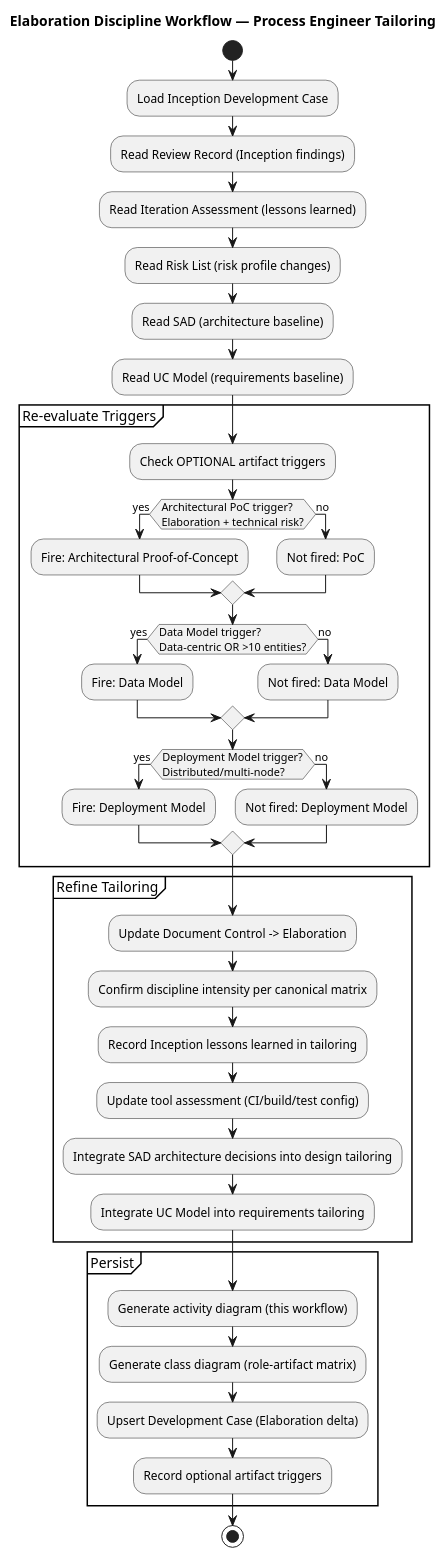
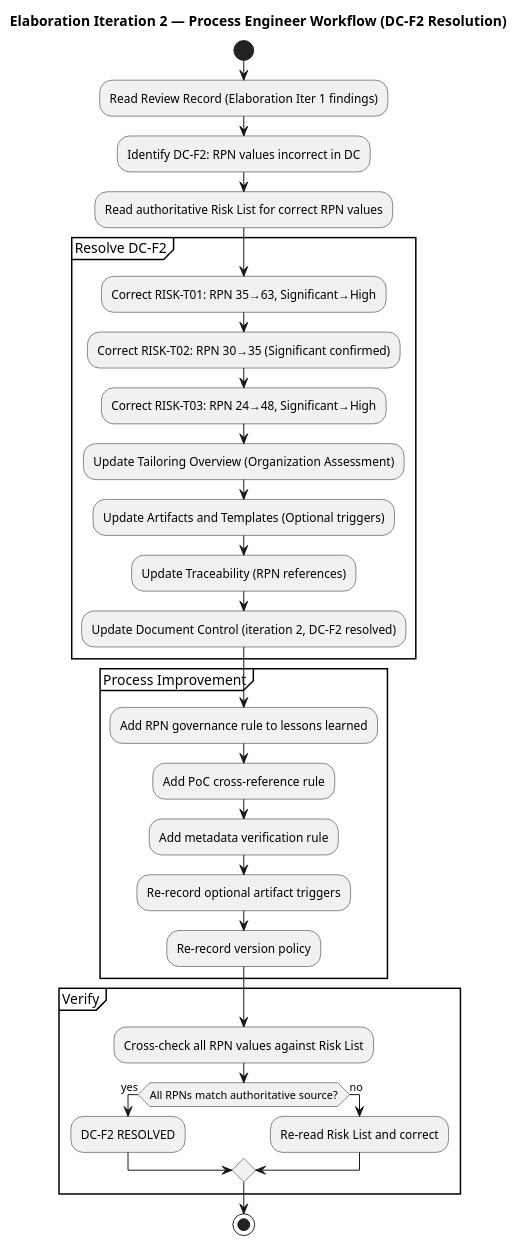
One commit to banense-test/demo-janke-lab changed the first of 2 diagrams in docs/artifacts/environment/development-case.md. Above: the diagram before and after it, drawn with PlantUML. The commit also changed other lines of this file, not shown here.

First line of the commit message:
Process Engineer [E2]: upsert Development Case

````diff
--- a/docs/artifacts/environment/development-case.md
+++ b/docs/artifacts/environment/development-case.md
@@ -122,50 +121,39 @@
 ```plantuml
 @startuml
-title Elaboration Discipline Workflow — Process Engineer Tailoring
+title Elaboration Iteration 2 — Process Engineer Workflow (DC-F2 Resolution)
 
 start
-:Load Inception Development Case;
-:Read Review Record (Inception findings);
-:Read Iteration Assessment (lessons learned);
-:Read Risk List (risk profile changes);
-:Read SAD (architecture baseline);
-:Read UC Model (requirements baseline);
+:Read Review Record (Elaboration Iter 1 findings);
+:Identify DC-F2: RPN values incorrect in DC;
+:Read authoritative Risk List for correct RPN values;
 
-partition "Re-evaluate Triggers" {
-  :Check OPTIONAL artifact triggers;
-  if (Architectural PoC trigger?\nElaboration + technical risk?) then (yes)
-    :Fire: Architectural Proof-of-Concept;
-  else (no)
-    :Not fired: PoC;
-  endif
-  if (Data Model trigger?\nData-centric OR >10 entities?) then (yes)
-    :Fire: Data Model;
-  else (no)
-    :Not fired: Data Model;
-  endif
-  if (Deployment Model trigger?\nDistributed/multi-node?) then (yes)
-    :Fire: Deployment Model;
-  else (no)
-    :Not fired: Deployment Model;
-  endif
+partition "Resolve DC-F2" {
+  :Correct RISK-T01: RPN 35→63, Significant→High;
+  :Correct RISK-T02: RPN 30→35 (Significant confirmed);
+  :Correct RISK-T03: RPN 24→48, Significant→High;
+  :Update Tailoring Overview (Organization Assessment);
+  :Update Artifacts and Templates (Optional triggers);
+  :Update Traceability (RPN references);
+  :Update Document Control (iteration 2, DC-F2 resolved);
 }
 
-partition "Refine Tailoring" {
-  :Update Document Control -> Elaboration;
-  :Confirm discipline intensity per canonical matrix;
-  :Record Inception lessons learned in tailoring;
-  :Update tool assessment (CI/build/test config);
-  :Integrate SAD architecture decisions into design tailoring;
-  :Integrate UC Model into requirements tailoring;
+partition "Process Improvement" {
+  :Add RPN governance rule to lessons learned;
+  :Add PoC cross-reference rule;
+  :Add metadata verification rule;
+  :Re-record optional artifact triggers;
+  :Re-record version policy;
 }
 
-partition "Persist" {
-  :Generate activity diagram (this workflow);
-  :Generate class diagram (role-artifact matrix);
-  :Upsert Development Case (Elaboration delta);
-  :Record optional artifact triggers;
+partition "Verify" {
+  :Cross-check all RPN values against Risk List;
+  if (All RPNs match authoritative source?) then (yes)
+    :DC-F2 RESOLVED;
+  else (no)
+    :Re-read Risk List and correct;
+  endif
 }
 
 stop
 @enduml
 ```
````
